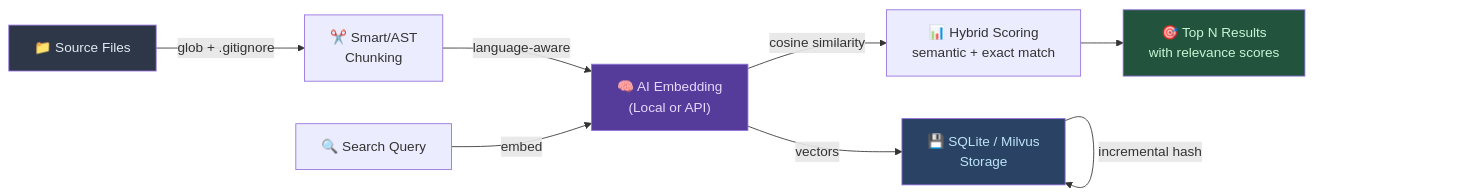
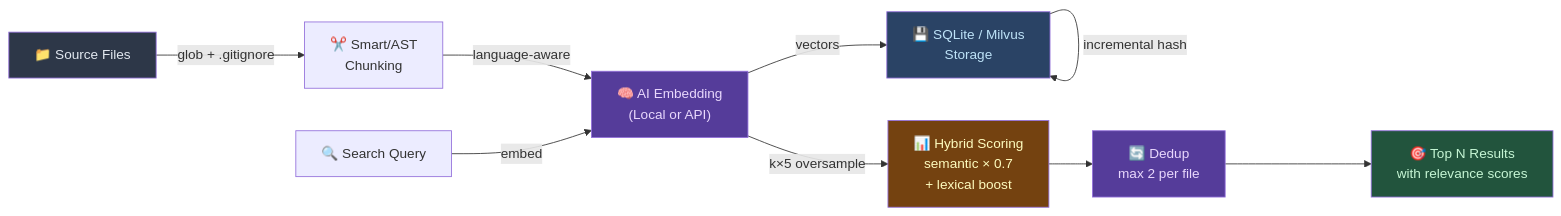
One commit to bitkyc08-arch/semantic-code-mcp changed the fourth of 6 diagrams in README.md. Above: the diagram before and after it, drawn with Mermaid. The commit also changed other lines of this file and 2 other files, not shown here.

First line of the commit message:
[agent] feat: change dedupMaxPerFile default from 2 to 1

````diff
--- a/README.md
+++ b/README.md
@@ -526,16 +537,19 @@
 ```mermaid
 flowchart LR
-    A["📁 Source Files"] -->|glob + .gitignore| B["✂️ Smart/AST<br/>Chunking"]
+    A["📁 Source Files"] -->|"glob + .gitignore"| B["✂️ Smart/AST<br/>Chunking"]
     B -->|language-aware| C["🧠 AI Embedding<br/>(Local or API)"]
     C -->|vectors| D["💾 SQLite / Milvus<br/>Storage"]
     D -->|incremental hash| D
 
     E["🔍 Search Query"] -->|embed| C
-    C -->|cosine similarity| F["📊 Hybrid Scoring<br/>semantic + exact match"]
-    F --> G["🎯 Top N Results<br/>with relevance scores"]
+    C -->|"k×5 oversample"| F["📊 Hybrid Scoring<br/>semantic × 0.7<br/>+ lexical boost"]
+    F --> DD["🔄 Dedup<br/>max 2 per file"]
+    DD --> G["🎯 Top N Results<br/>with relevance scores"]
 
     style A fill:#2d3748,color:#e2e8f0
     style C fill:#553c9a,color:#e9d8fd
     style D fill:#2a4365,color:#bee3f8
+    style F fill:#744210,color:#fefcbf
+    style DD fill:#553c9a,color:#e9d8fd
     style G fill:#22543d,color:#c6f6d5
 ```
````
